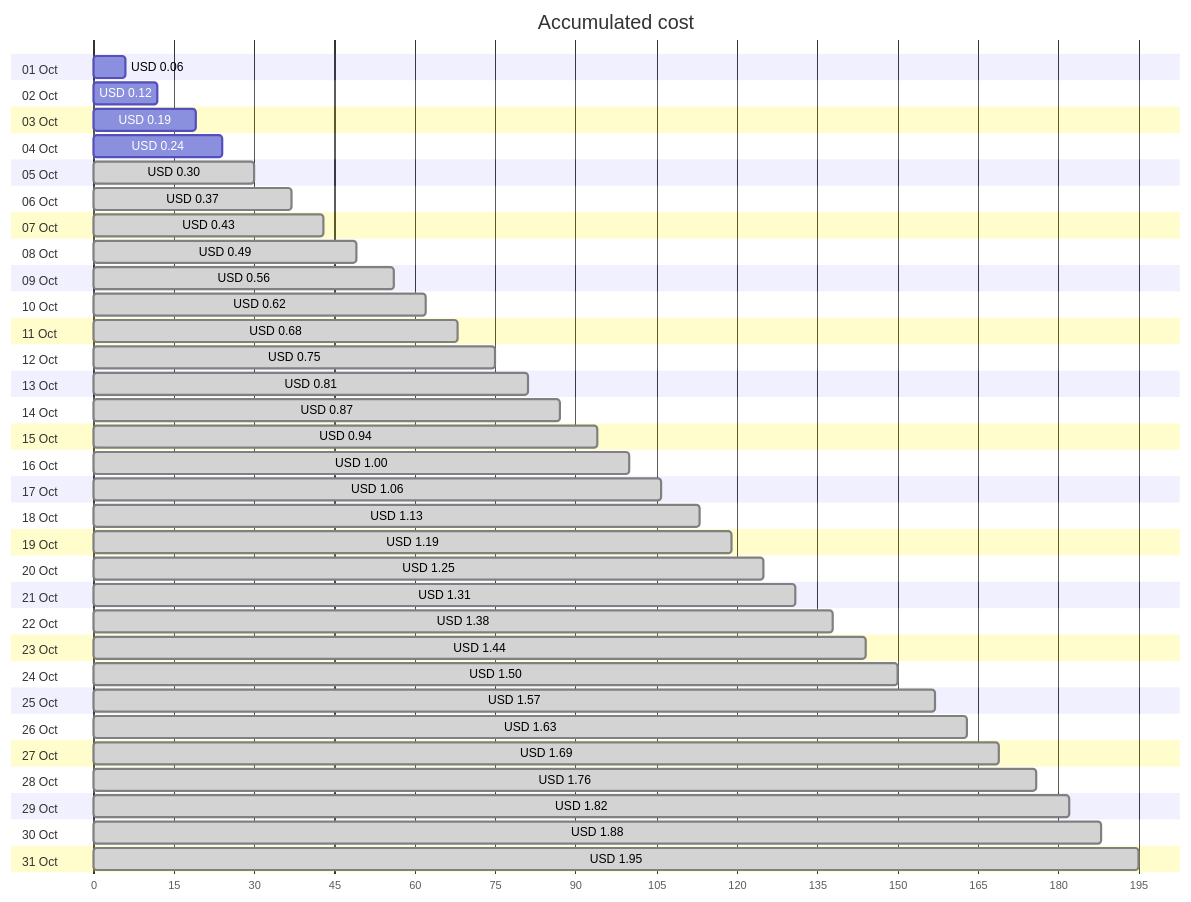
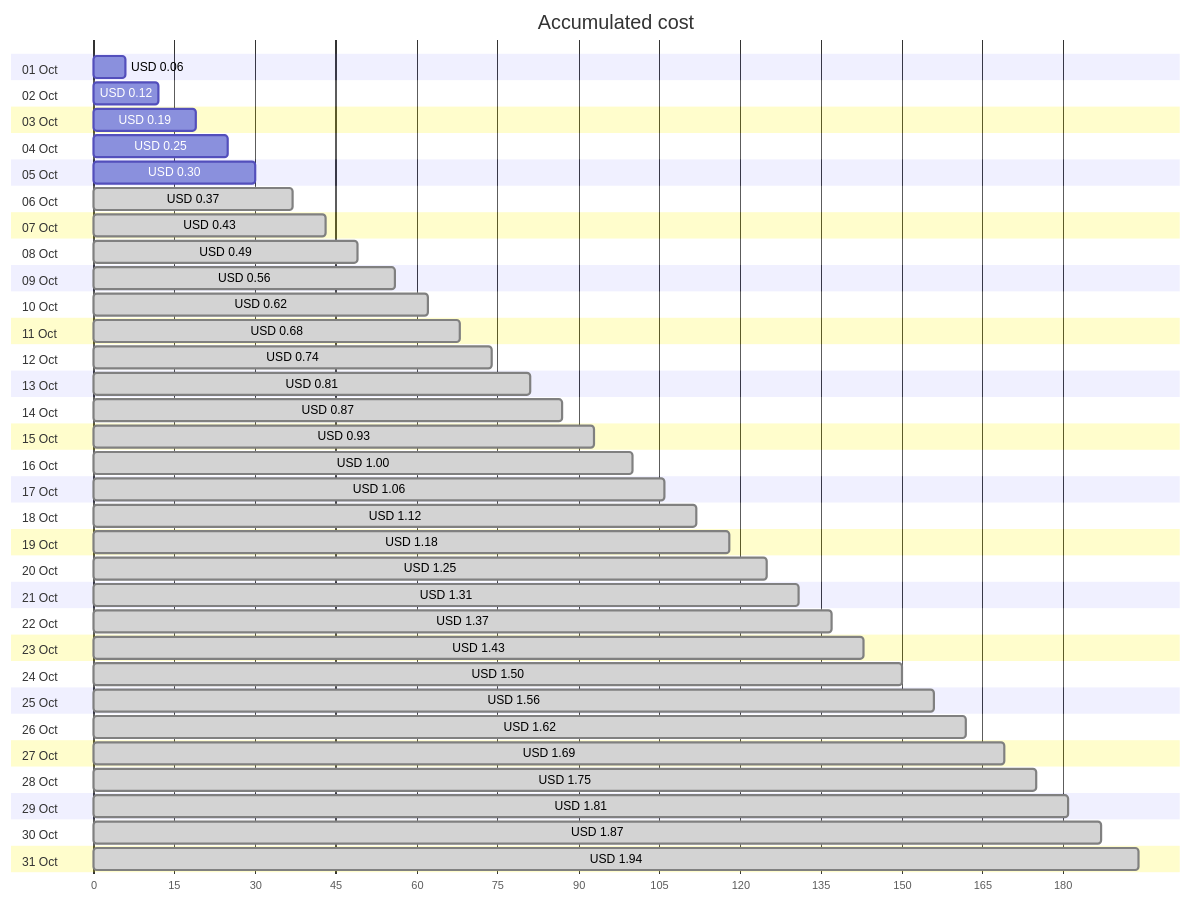
The first of 4 diagrams in cost-reports/personal-network/vpn-server_OsDisk.md (jpfulton/azure-personal-reports), drawn with Mermaid before and after one commit. The commit also changed other lines of this file and 8 other files, not shown here.

````diff
--- a/cost-reports/personal-network/vpn-server_OsDisk.md
+++ b/cost-reports/personal-network/vpn-server_OsDisk.md
@@ -20,68 +20,68 @@
 ```mermaid
 gantt
    title Accumulated cost
    dateFormat  X
    axisFormat %s
    section 01 Oct
    USD 0.06 :0, 6
    section 02 Oct
    USD 0.12 :0, 12
    section 03 Oct
    USD 0.19 :0, 19
    section 04 Oct
-   USD 0.24 :0, 24
+   USD 0.25 :0, 25
    section 05 Oct
-   USD 0.30 : done, 0, 30
+   USD 0.30 :0, 30
    section 06 Oct
    USD 0.37 : done, 0, 37
    section 07 Oct
    USD 0.43 : done, 0, 43
    section 08 Oct
    USD 0.49 : done, 0, 49
    section 09 Oct
    USD 0.56 : done, 0, 56
    section 10 Oct
    USD 0.62 : done, 0, 62
    section 11 Oct
    USD 0.68 : done, 0, 68
    section 12 Oct
-   USD 0.75 : done, 0, 75
+   USD 0.74 : done, 0, 74
    section 13 Oct
    USD 0.81 : done, 0, 81
    section 14 Oct
    USD 0.87 : done, 0, 87
    section 15 Oct
-   USD 0.94 : done, 0, 94
+   USD 0.93 : done, 0, 93
    section 16 Oct
    USD 1.00 : done, 0, 100
    section 17 Oct
    USD 1.06 : done, 0, 106
    section 18 Oct
-   USD 1.13 : done, 0, 113
+   USD 1.12 : done, 0, 112
    section 19 Oct
-   USD 1.19 : done, 0, 119
+   USD 1.18 : done, 0, 118
    section 20 Oct
    USD 1.25 : done, 0, 125
    section 21 Oct
    USD 1.31 : done, 0, 131
    section 22 Oct
-   USD 1.38 : done, 0, 138
+   USD 1.37 : done, 0, 137
    section 23 Oct
-   USD 1.44 : done, 0, 144
+   USD 1.43 : done, 0, 143
    section 24 Oct
    USD 1.50 : done, 0, 150
    section 25 Oct
-   USD 1.57 : done, 0, 157
+   USD 1.56 : done, 0, 156
    section 26 Oct
-   USD 1.63 : done, 0, 163
+   USD 1.62 : done, 0, 162
    section 27 Oct
    USD 1.69 : done, 0, 169
    section 28 Oct
-   USD 1.76 : done, 0, 176
+   USD 1.75 : done, 0, 175
    section 29 Oct
-   USD 1.82 : done, 0, 182
+   USD 1.81 : done, 0, 181
    section 30 Oct
-   USD 1.88 : done, 0, 188
+   USD 1.87 : done, 0, 187
    section 31 Oct
-   USD 1.95 : done, 0, 195
+   USD 1.94 : done, 0, 194
 ```
````
